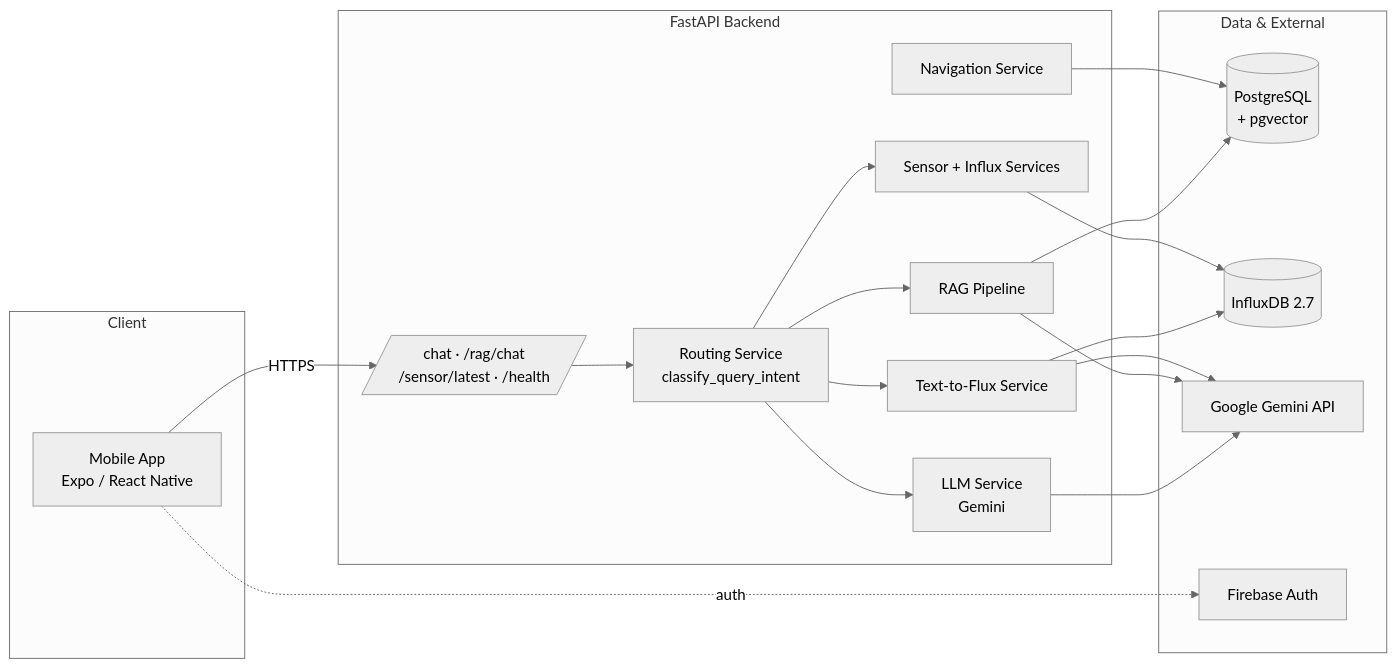
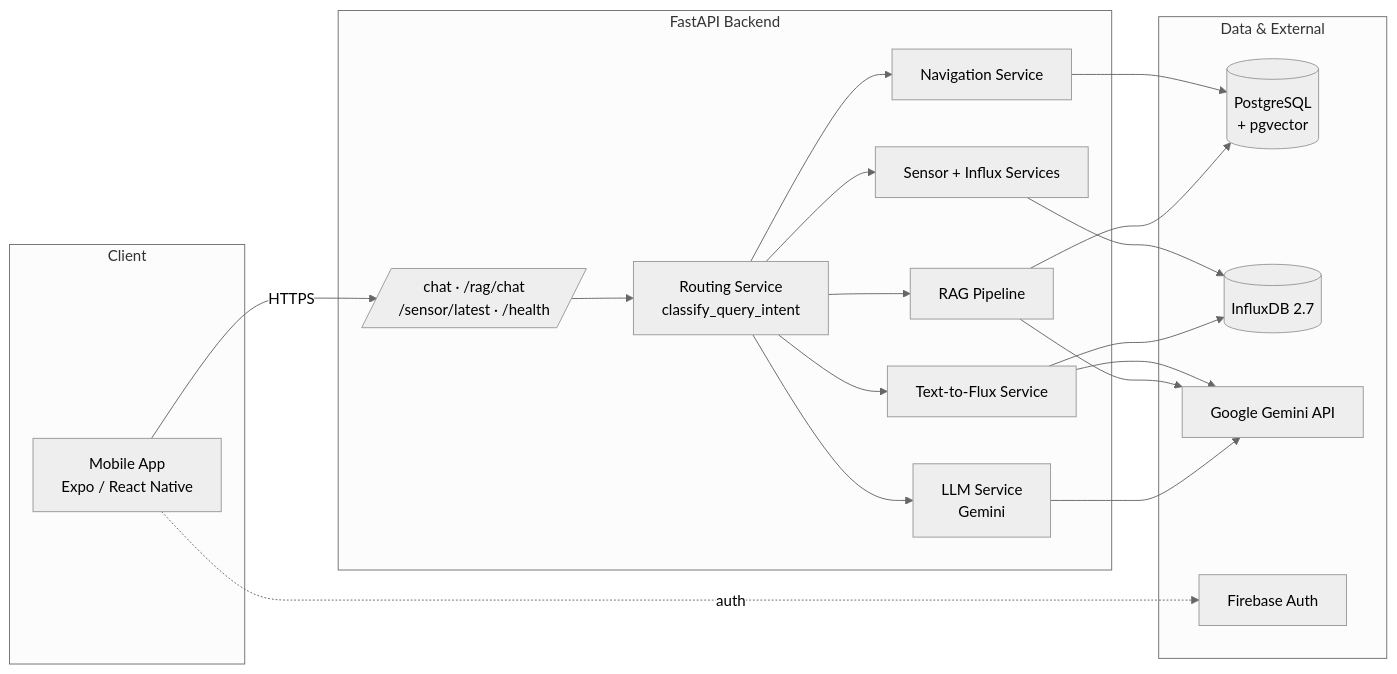
The first of 3 diagrams in docs/architecture.md (Saiful-Codes/campus-aware-ai-agent), drawn with Mermaid (neutral theme) before and after one commit. The commit also changed other lines of this file and 1 other file, not shown here.

Commit message:
README and Architecture Updated

````diff
--- a/docs/architecture.md
+++ b/docs/architecture.md
@@ -11,38 +11,39 @@
 ```mermaid
 flowchart LR
     subgraph Client
         M[Mobile App<br/>Expo / React Native]
     end
 
     subgraph Backend["FastAPI Backend"]
         API[/chat · /rag/chat<br/>/sensor/latest · /health/]
         ROUTE[Routing Service<br/>classify_query_intent]
         LLM[LLM Service<br/>Gemini]
         FLUX[Text-to-Flux Service]
         RAGP[RAG Pipeline]
         SENS[Sensor + Influx Services]
         NAV[Navigation Service]
     end
 
     subgraph Data["Data & External"]
         PG[(PostgreSQL<br/>+ pgvector)]
         INF[(InfluxDB 2.7)]
         GEM[Google Gemini API]
         FB[Firebase Auth]
     end
 
     M -->|HTTPS| API
     M -.auth.-> FB
     API --> ROUTE
     ROUTE --> LLM
     ROUTE --> FLUX
     ROUTE --> RAGP
     ROUTE --> SENS
+    ROUTE --> NAV
     LLM --> GEM
     RAGP --> PG
     RAGP --> GEM
     FLUX --> INF
     FLUX --> GEM
     SENS --> INF
     NAV --> PG
 ```
````
